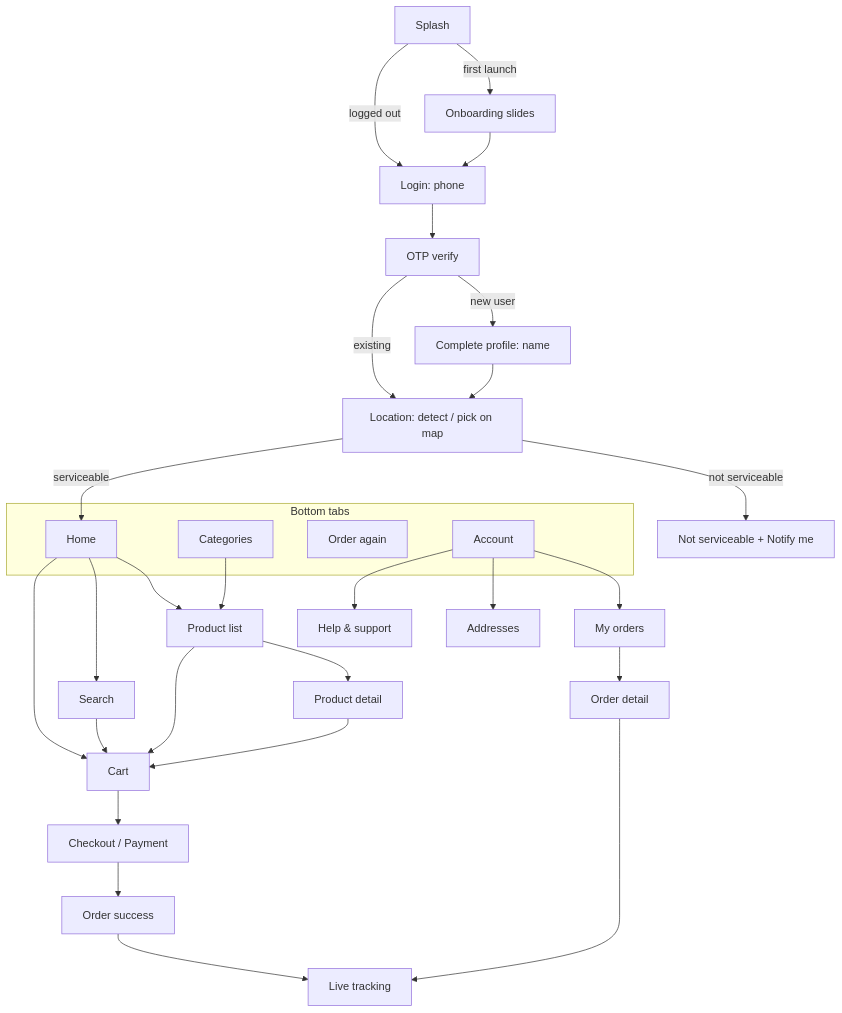
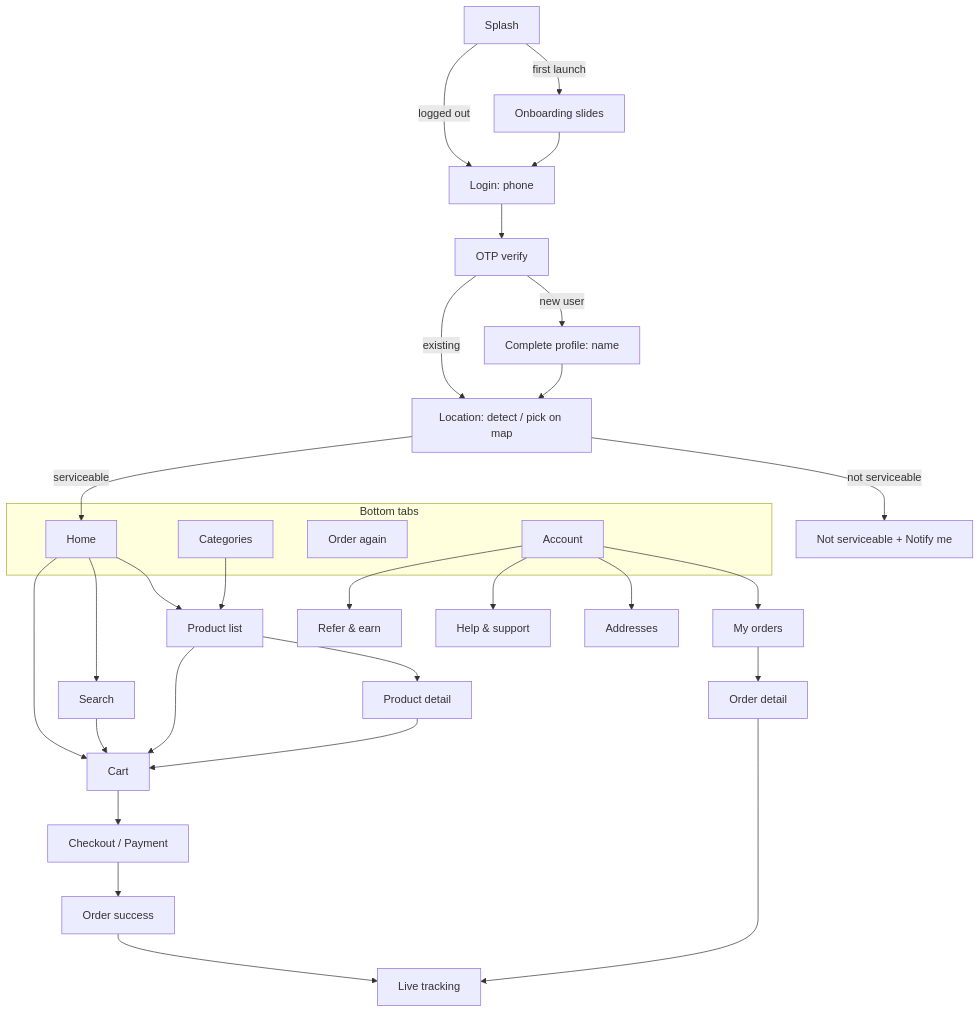
One commit to Nareshkumar124/jivo_quick_commerce changed the diagram in docs/03-customer-app.md. Above: the diagram before and after it, drawn with Mermaid. The commit also changed other lines of this file and 26 other files, not shown here.

First line of the commit message:
feat(customer): Refer & earn screen and referral code entry

````diff
--- a/docs/03-customer-app.md
+++ b/docs/03-customer-app.md
@@ -8,29 +8,30 @@
 ```mermaid
 flowchart TD
     S[Splash] -->|first launch| OB[Onboarding slides]
     S -->|logged out| L[Login: phone]
     OB --> L
     L --> O[OTP verify]
     O -->|new user| PC[Complete profile: name]
     O -->|existing| LOC
     PC --> LOC[Location: detect / pick on map]
     LOC -->|not serviceable| NS[Not serviceable + Notify me]
     LOC -->|serviceable| H
 
     subgraph Tabs[Bottom tabs]
         H[Home]
         C[Categories]
         R[Order again]
         P[Account]
     end
 
     H --> PL[Product list] --> PD[Product detail]
     H --> SR[Search]
     C --> PL
     H & PL & PD & SR --> CT[Cart]
     CT --> CO[Checkout / Payment]
     CO --> OS[Order success] --> TR[Live tracking]
     P --> OH[My orders] --> OD[Order detail] --> TR
     P --> AD[Addresses]
     P --> HS[Help & support]
+    P --> RF[Refer & earn]
 ```
````
